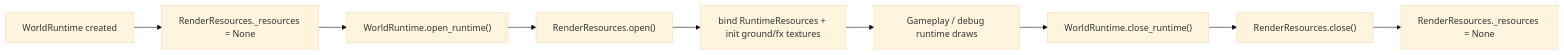
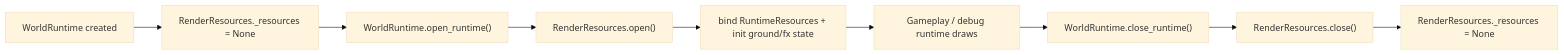
Before and after one commit to banteg/crimson: the second of 5 diagrams in docs/rewrite/resource-lifecycle.md, drawn with Mermaid (base theme). The commit also changed other lines of this file, not shown here.

````diff
--- a/docs/rewrite/resource-lifecycle.md
+++ b/docs/rewrite/resource-lifecycle.md
@@ -42,11 +43,11 @@
 ```mermaid
 flowchart LR
     A["WorldRuntime created"] --> B["RenderResources._resources = None"]
     B --> C["WorldRuntime.open_runtime()"]
     C --> D["RenderResources.open()"]
-    D --> E["bind RuntimeResources + init ground/fx textures"]
+    D --> E["bind RuntimeResources + init ground/fx state"]
     E --> F["Gameplay / debug runtime draws"]
     F --> G["WorldRuntime.close_runtime()"]
     G --> H["RenderResources.close()"]
     H --> I["RenderResources._resources = None"]
 ```
````
